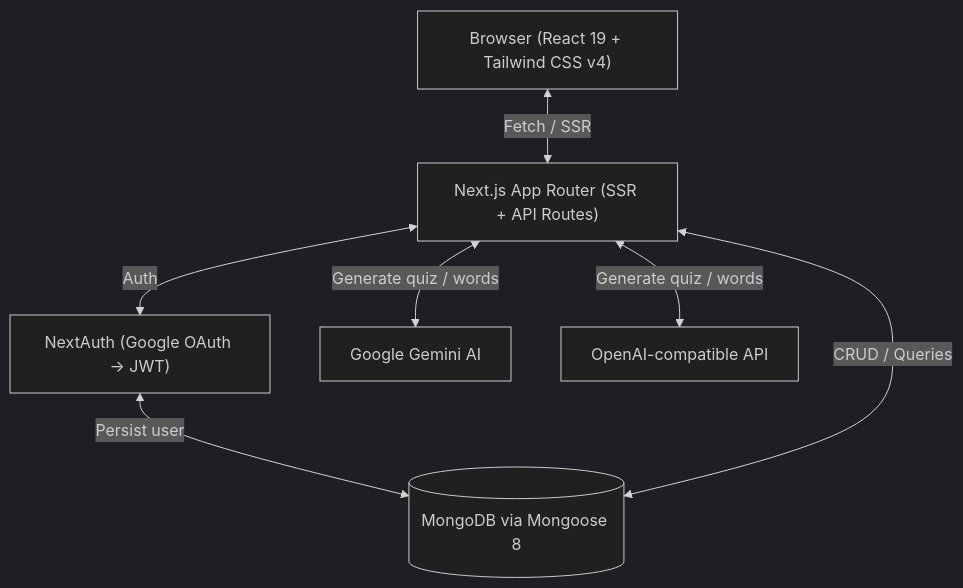
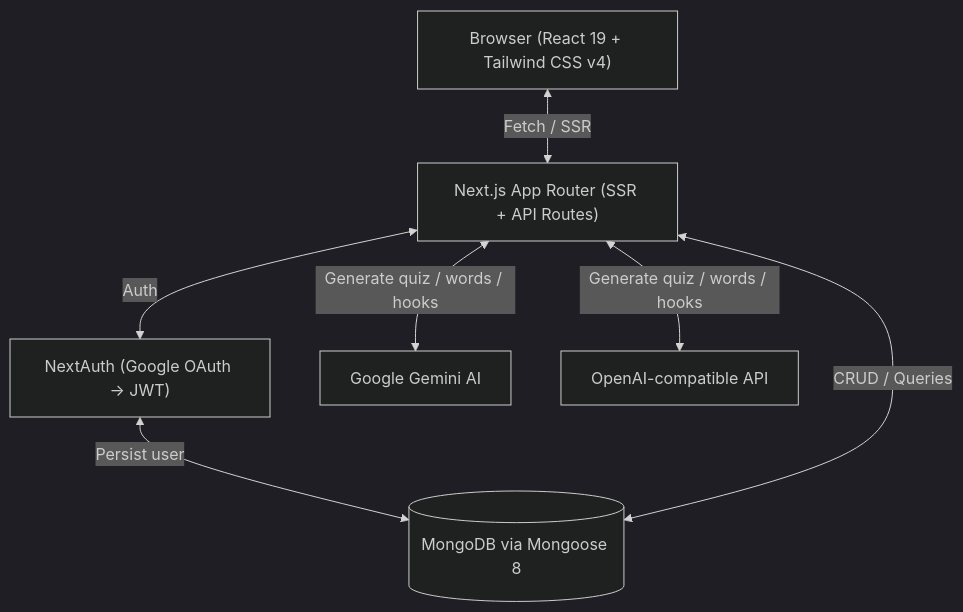
The first of 3 diagrams in README.md (gabrielmoris/lexiconx), drawn with Mermaid (dark theme) before and after one commit. The commit also changed other lines of this file, not shown here.

Commit message:
docs: update README with quiz word selection flow, memory hooks flow, simplified project structure

````diff
--- a/README.md
+++ b/README.md
@@ -58,16 +58,16 @@
 ```mermaid
 graph TD
 Browser["Browser (React 19 + Tailwind CSS v4)"]
 NextJS["Next.js App Router (SSR + API Routes)"]
 NextAuth["NextAuth (Google OAuth → JWT)"]
 MongoDB[("MongoDB via Mongoose 8")]
 Gemini["Google Gemini AI"]
 OpenAI["OpenAI-compatible API"]
 
 Browser <-->|Fetch / SSR| NextJS
 NextJS <-->|Auth| NextAuth
 NextAuth <-->|Persist user| MongoDB
 NextJS <-->|CRUD / Queries| MongoDB
-NextJS <-->|Generate quiz / words| Gemini
-NextJS <-->|Generate quiz / words| OpenAI
+NextJS <-->|Generate quiz / words / hooks| Gemini
+NextJS <-->|Generate quiz / words / hooks| OpenAI
 ```
````
